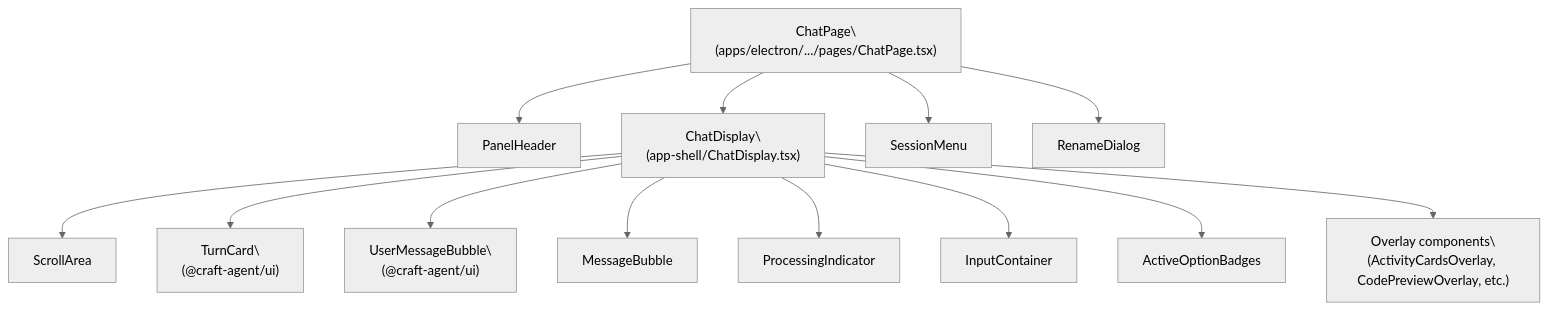
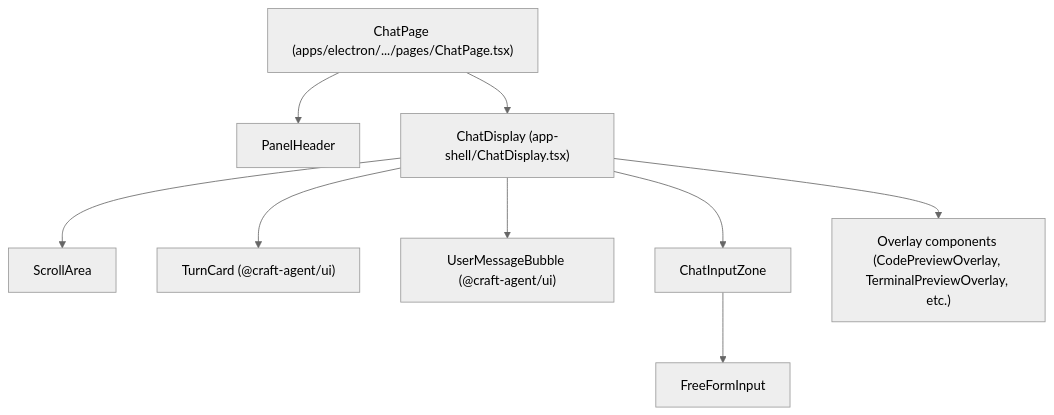
Before and after one commit to blackcater/zentree: the second of 3 diagrams in docs/lukilabs_craft-agents-oss/architecture/ui-components-and-layout.md, drawn with Mermaid (neutral theme). The commit also changed other lines of this file and 232 other files, not shown here.

````diff
--- a/docs/lukilabs_craft-agents-oss/architecture/ui-components-and-layout.md
+++ b/docs/lukilabs_craft-agents-oss/architecture/ui-components-and-layout.md
@@ -129,20 +135,11 @@
 ```mermaid
 graph TD
-    ChatPage["ChatPage\
-(apps/electron/.../pages/ChatPage.tsx)"] --> PanelHeader["PanelHeader"]
-    ChatPage --> ChatDisplay["ChatDisplay\
-(app-shell/ChatDisplay.tsx)"]
-    ChatPage --> SessionMenu["SessionMenu"]
-    ChatPage --> RenameDialog["RenameDialog"]
-    ChatDisplay --> ScrollArea
-    ChatDisplay --> TurnCard["TurnCard\
-(@craft-agent/ui)"]
-    ChatDisplay --> UserMessageBubble["UserMessageBubble\
-(@craft-agent/ui)"]
-    ChatDisplay --> MessageBubble["MessageBubble"]
-    ChatDisplay --> ProcessingIndicator["ProcessingIndicator"]
-    ChatDisplay --> InputContainer["InputContainer"]
-    ChatDisplay --> ActiveOptionBadges["ActiveOptionBadges"]
-    ChatDisplay --> Overlays["Overlay components\
-(ActivityCardsOverlay, CodePreviewOverlay, etc.)"]
+    ChatPage["ChatPage (apps/electron/.../pages/ChatPage.tsx)"] --> PanelHeader["PanelHeader"]
+    ChatPage --> ChatDisplay["ChatDisplay (app-shell/ChatDisplay.tsx)"]
+    ChatDisplay --> ScrollArea["ScrollArea"]
+    ChatDisplay --> TurnCard["TurnCard (@craft-agent/ui)"]
+    ChatDisplay --> UserMessageBubble["UserMessageBubble (@craft-agent/ui)"]
+    ChatDisplay --> ChatInputZone["ChatInputZone"]
+    ChatInputZone --> FreeFormInput["FreeFormInput"]
+    ChatDisplay --> Overlays["Overlay components (CodePreviewOverlay, TerminalPreviewOverlay, etc.)"]
 ```
````
